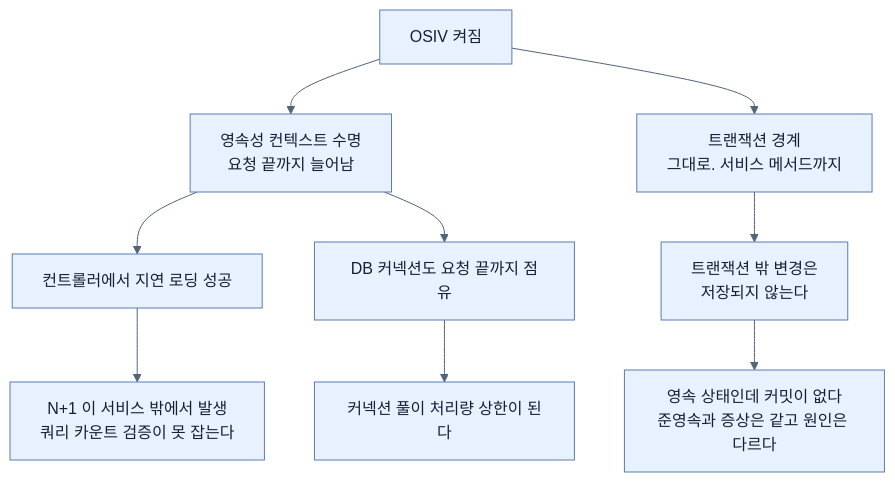
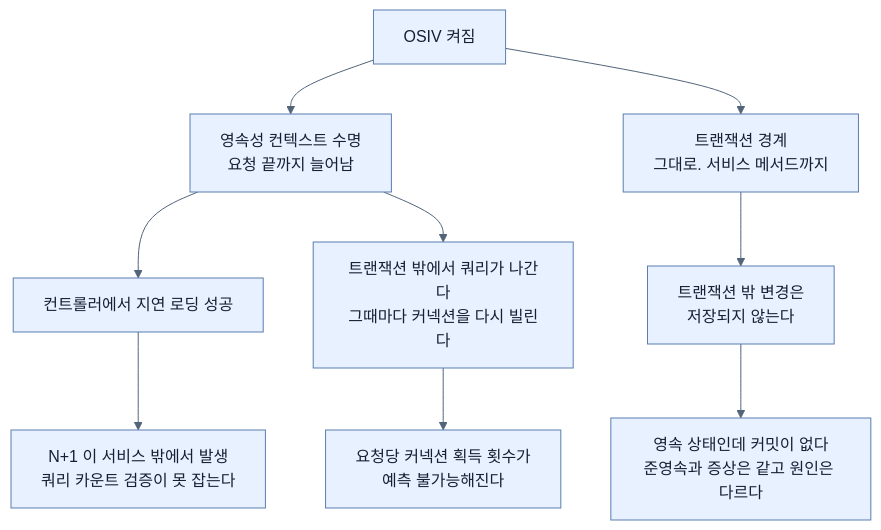
One commit to sing-u8/Learning_Spring_Boot_4 changed the diagram in spring-boot-4-pdf-notes/part-0-jpa-foundations/chapter-j3-performance-and-transactions/05-open-session-in-view.md. Above: the diagram before and after it, drawn with Mermaid. The commit also changed other lines of this file and 1 other file, not shown here.

````diff
--- a/spring-boot-4-pdf-notes/part-0-jpa-foundations/chapter-j3-performance-and-transactions/05-open-session-in-view.md
+++ b/spring-boot-4-pdf-notes/part-0-jpa-foundations/chapter-j3-performance-and-transactions/05-open-session-in-view.md
@@ -203,12 +217,12 @@
 ```mermaid
 %%{init: {'theme': 'base', 'themeVariables': {'background': '#ffffff', 'primaryColor': '#e8f1ff', 'primaryTextColor': '#172033', 'primaryBorderColor': '#5b7db1', 'lineColor': '#52647a', 'secondaryColor': '#f7fbff', 'tertiaryColor': '#fff7df'}}}%%
 flowchart TD
     A["OSIV 켜짐"] --> B["영속성 컨텍스트 수명<br/>요청 끝까지 늘어남"]
     A --> C["트랜잭션 경계<br/>그대로. 서비스 메서드까지"]
     B --> D["컨트롤러에서 지연 로딩 성공"]
-    B --> E["DB 커넥션도 요청 끝까지 점유"]
+    B --> E["트랜잭션 밖에서 쿼리가 나간다<br/>그때마다 커넥션을 다시 빌린다"]
     C --> F["트랜잭션 밖 변경은<br/>저장되지 않는다"]
     D --> G["N+1 이 서비스 밖에서 발생<br/>쿼리 카운트 검증이 못 잡는다"]
-    E --> H["커넥션 풀이 처리량 상한이 된다"]
+    E --> H["요청당 커넥션 획득 횟수가<br/>예측 불가능해진다"]
     F --> I["영속 상태인데 커밋이 없다<br/>준영속과 증상은 같고 원인은 다르다"]
 ```
````
